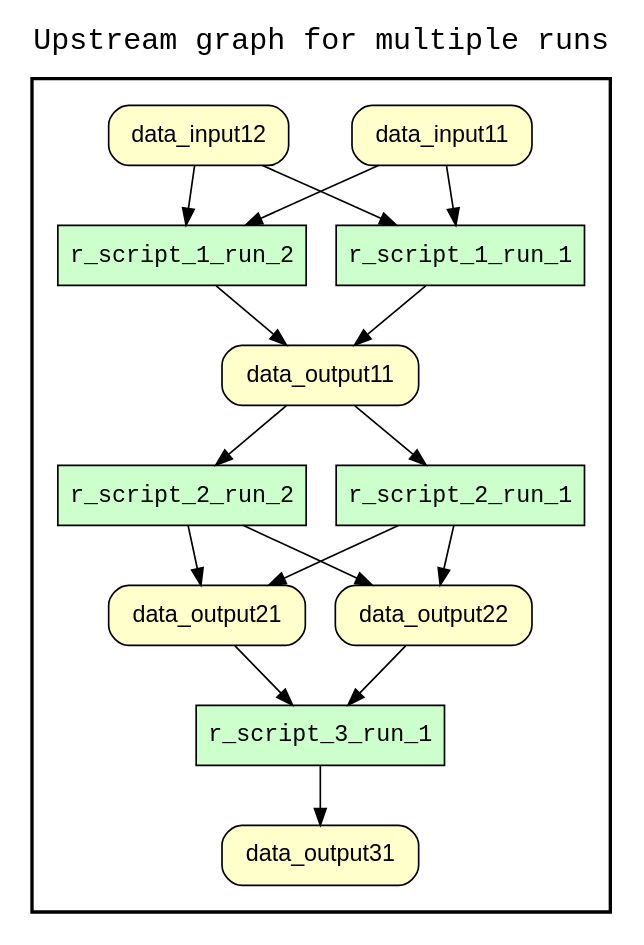
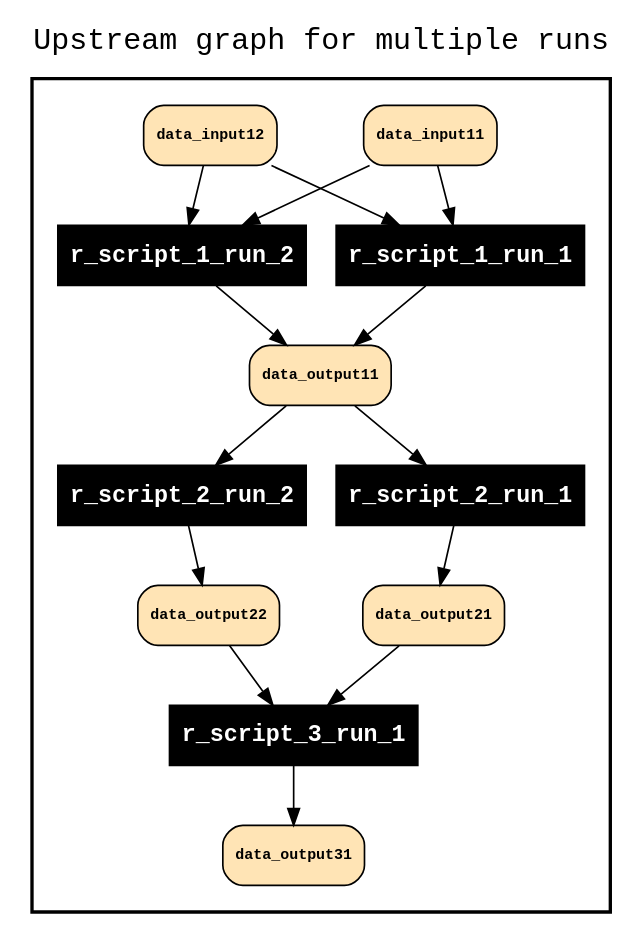
Before and after one commit to sycao5/runManager-multipleRuns: the diagram in results/wf_upstream_of_test_data.gv, drawn with Graphviz. The commit also changed 8 other files, not shown here.

Commit message:
Change the stylesheet for the graph.

```diff
--- a/results/wf_upstream_of_test_data.gv
+++ b/results/wf_upstream_of_test_data.gv
@@ -1,46 +1,42 @@
 
 digraph yw_data_view {
 rankdir=TB
 fontname=Courier; fontsize=18; labelloc=t
 label="Upstream graph for multiple runs"
 subgraph cluster_workflow { label=""; color=black; penwidth=2
 subgraph cluster_workflow_inner { label=""; color=white
-node[shape=box style="filled" fillcolor="#CCFFCC" peripheries=1 fontname=Courier]
+node[shape=box style=filled fillcolor="black" peripheries=1 fontname="Courier-Bold" fontcolor=white]
 r_script_2_run_2
 r_script_2_run_1
 r_script_1_run_2
 r_script_1_run_1
 r_script_3_run_1
-node[shape=box style="rounded,filled" fillcolor="#FFFFCC" peripheries=1 fontname=Helvetica]
+node[shape=box style="rounded,filled" fillcolor="#FFE4B5" peripheries=1 fontname="Courier-Bold" fontsize=9 fontcolor=black]
 data_input11
 data_input11
 data_input12
 data_input12
 data_output11
 data_output11
 data_output11
 data_output11
 data_output21
 data_output21
-data_output21
-data_output22
 data_output22
 data_output22
 data_output31
 }}
 data_output22 -> r_script_3_run_1
 data_output21 -> r_script_3_run_1
 data_input12 -> r_script_1_run_1
 data_input12 -> r_script_1_run_2
 data_input11 -> r_script_1_run_1
 data_input11 -> r_script_1_run_2
 data_output11 -> r_script_2_run_1
 data_output11 -> r_script_2_run_2
 r_script_1_run_1 -> data_output11
 r_script_1_run_2 -> data_output11
 r_script_2_run_1 -> data_output21
-r_script_2_run_2 -> data_output21
-r_script_2_run_1 -> data_output22
 r_script_2_run_2 -> data_output22
 r_script_3_run_1 -> data_output31
 }
```
